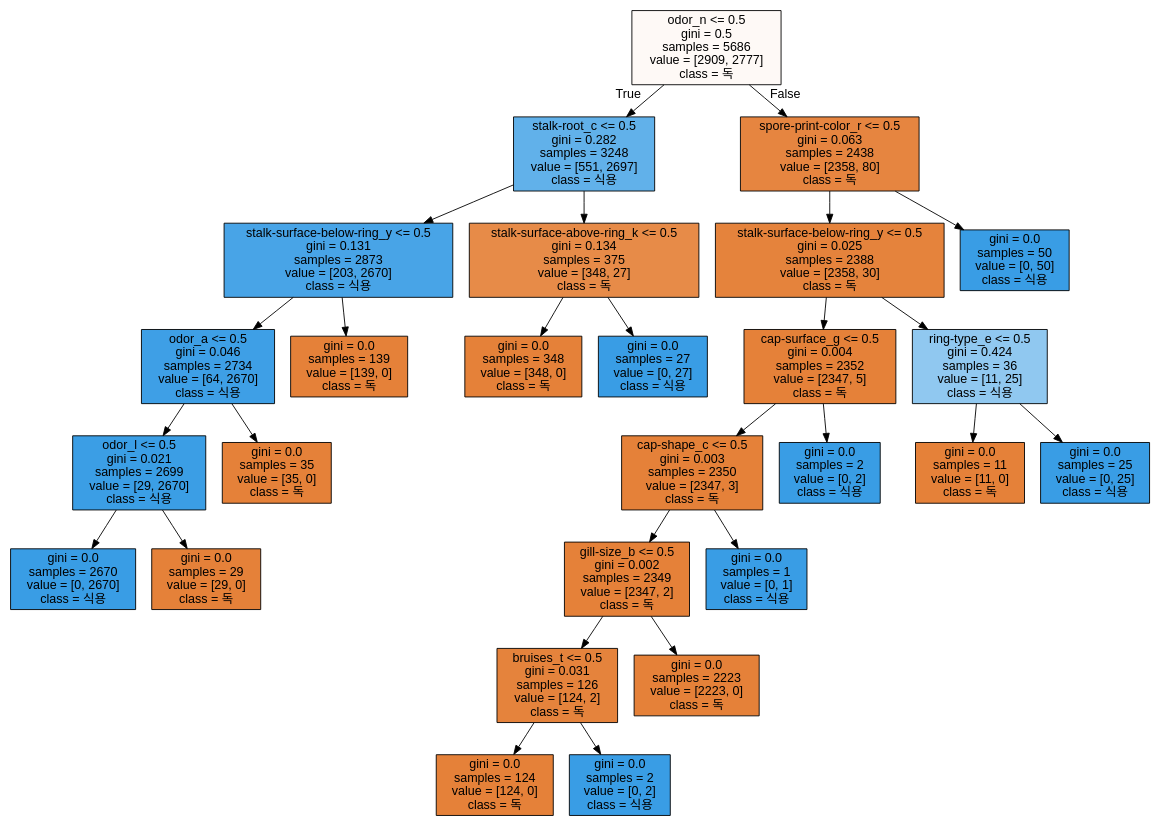
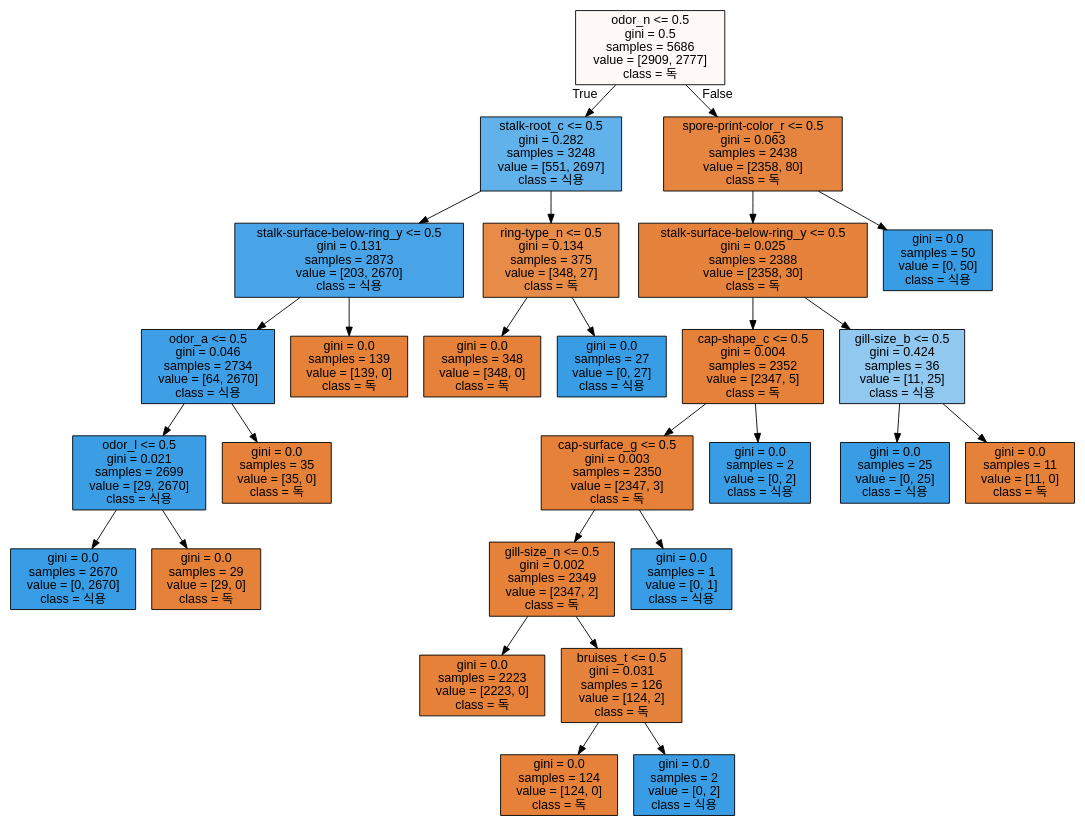
Before and after one commit to yoonjae97/bigdata_service_developer_class: the diagram in ml/tree01.dot, drawn with Graphviz. The commit also changed 8 other files, not shown here.

```diff
--- a/ml/tree01.dot
+++ b/ml/tree01.dot
@@ -1,57 +1,57 @@
 digraph Tree {
 node [shape=box, style="filled", color="black", fontname="helvetica"] ;
 edge [fontname="helvetica"] ;
 0 [label="odor_n <= 0.5\ngini = 0.5\nsamples = 5686\nvalue = [2909, 2777]\nclass = 독", fillcolor="#fef9f6"] ;
 1 [label="stalk-root_c <= 0.5\ngini = 0.282\nsamples = 3248\nvalue = [551, 2697]\nclass = 식용", fillcolor="#61b1ea"] ;
 0 -> 1 [labeldistance=2.5, labelangle=45, headlabel="True"] ;
 2 [label="stalk-surface-below-ring_y <= 0.5\ngini = 0.131\nsamples = 2873\nvalue = [203, 2670]\nclass = 식용", fillcolor="#48a4e7"] ;
 1 -> 2 ;
 3 [label="odor_a <= 0.5\ngini = 0.046\nsamples = 2734\nvalue = [64, 2670]\nclass = 식용", fillcolor="#3e9fe6"] ;
 2 -> 3 ;
 4 [label="odor_l <= 0.5\ngini = 0.021\nsamples = 2699\nvalue = [29, 2670]\nclass = 식용", fillcolor="#3b9ee5"] ;
 3 -> 4 ;
 5 [label="gini = 0.0\nsamples = 2670\nvalue = [0, 2670]\nclass = 식용", fillcolor="#399de5"] ;
 4 -> 5 ;
 6 [label="gini = 0.0\nsamples = 29\nvalue = [29, 0]\nclass = 독", fillcolor="#e58139"] ;
 4 -> 6 ;
 7 [label="gini = 0.0\nsamples = 35\nvalue = [35, 0]\nclass = 독", fillcolor="#e58139"] ;
 3 -> 7 ;
 8 [label="gini = 0.0\nsamples = 139\nvalue = [139, 0]\nclass = 독", fillcolor="#e58139"] ;
 2 -> 8 ;
-9 [label="stalk-surface-above-ring_k <= 0.5\ngini = 0.134\nsamples = 375\nvalue = [348, 27]\nclass = 독", fillcolor="#e78b48"] ;
+9 [label="ring-type_n <= 0.5\ngini = 0.134\nsamples = 375\nvalue = [348, 27]\nclass = 독", fillcolor="#e78b48"] ;
 1 -> 9 ;
 10 [label="gini = 0.0\nsamples = 348\nvalue = [348, 0]\nclass = 독", fillcolor="#e58139"] ;
 9 -> 10 ;
 11 [label="gini = 0.0\nsamples = 27\nvalue = [0, 27]\nclass = 식용", fillcolor="#399de5"] ;
 9 -> 11 ;
 12 [label="spore-print-color_r <= 0.5\ngini = 0.063\nsamples = 2438\nvalue = [2358, 80]\nclass = 독", fillcolor="#e68540"] ;
 0 -> 12 [labeldistance=2.5, labelangle=-45, headlabel="False"] ;
 13 [label="stalk-surface-below-ring_y <= 0.5\ngini = 0.025\nsamples = 2388\nvalue = [2358, 30]\nclass = 독", fillcolor="#e5833c"] ;
 12 -> 13 ;
-14 [label="cap-surface_g <= 0.5\ngini = 0.004\nsamples = 2352\nvalue = [2347, 5]\nclass = 독", fillcolor="#e58139"] ;
+14 [label="cap-shape_c <= 0.5\ngini = 0.004\nsamples = 2352\nvalue = [2347, 5]\nclass = 독", fillcolor="#e58139"] ;
 13 -> 14 ;
-15 [label="cap-shape_c <= 0.5\ngini = 0.003\nsamples = 2350\nvalue = [2347, 3]\nclass = 독", fillcolor="#e58139"] ;
+15 [label="cap-surface_g <= 0.5\ngini = 0.003\nsamples = 2350\nvalue = [2347, 3]\nclass = 독", fillcolor="#e58139"] ;
 14 -> 15 ;
-16 [label="gill-size_b <= 0.5\ngini = 0.002\nsamples = 2349\nvalue = [2347, 2]\nclass = 독", fillcolor="#e58139"] ;
+16 [label="gill-size_n <= 0.5\ngini = 0.002\nsamples = 2349\nvalue = [2347, 2]\nclass = 독", fillcolor="#e58139"] ;
 15 -> 16 ;
-17 [label="bruises_t <= 0.5\ngini = 0.031\nsamples = 126\nvalue = [124, 2]\nclass = 독", fillcolor="#e5833c"] ;
+17 [label="gini = 0.0\nsamples = 2223\nvalue = [2223, 0]\nclass = 독", fillcolor="#e58139"] ;
 16 -> 17 ;
-18 [label="gini = 0.0\nsamples = 124\nvalue = [124, 0]\nclass = 독", fillcolor="#e58139"] ;
-17 -> 18 ;
-19 [label="gini = 0.0\nsamples = 2\nvalue = [0, 2]\nclass = 식용", fillcolor="#399de5"] ;
-17 -> 19 ;
-20 [label="gini = 0.0\nsamples = 2223\nvalue = [2223, 0]\nclass = 독", fillcolor="#e58139"] ;
-16 -> 20 ;
+18 [label="bruises_t <= 0.5\ngini = 0.031\nsamples = 126\nvalue = [124, 2]\nclass = 독", fillcolor="#e5833c"] ;
+16 -> 18 ;
+19 [label="gini = 0.0\nsamples = 124\nvalue = [124, 0]\nclass = 독", fillcolor="#e58139"] ;
+18 -> 19 ;
+20 [label="gini = 0.0\nsamples = 2\nvalue = [0, 2]\nclass = 식용", fillcolor="#399de5"] ;
+18 -> 20 ;
 21 [label="gini = 0.0\nsamples = 1\nvalue = [0, 1]\nclass = 식용", fillcolor="#399de5"] ;
 15 -> 21 ;
 22 [label="gini = 0.0\nsamples = 2\nvalue = [0, 2]\nclass = 식용", fillcolor="#399de5"] ;
 14 -> 22 ;
-23 [label="ring-type_e <= 0.5\ngini = 0.424\nsamples = 36\nvalue = [11, 25]\nclass = 식용", fillcolor="#90c8f0"] ;
+23 [label="gill-size_b <= 0.5\ngini = 0.424\nsamples = 36\nvalue = [11, 25]\nclass = 식용", fillcolor="#90c8f0"] ;
 13 -> 23 ;
-24 [label="gini = 0.0\nsamples = 11\nvalue = [11, 0]\nclass = 독", fillcolor="#e58139"] ;
+24 [label="gini = 0.0\nsamples = 25\nvalue = [0, 25]\nclass = 식용", fillcolor="#399de5"] ;
 23 -> 24 ;
-25 [label="gini = 0.0\nsamples = 25\nvalue = [0, 25]\nclass = 식용", fillcolor="#399de5"] ;
+25 [label="gini = 0.0\nsamples = 11\nvalue = [11, 0]\nclass = 독", fillcolor="#e58139"] ;
 23 -> 25 ;
 26 [label="gini = 0.0\nsamples = 50\nvalue = [0, 50]\nclass = 식용", fillcolor="#399de5"] ;
 12 -> 26 ;
 }
```
